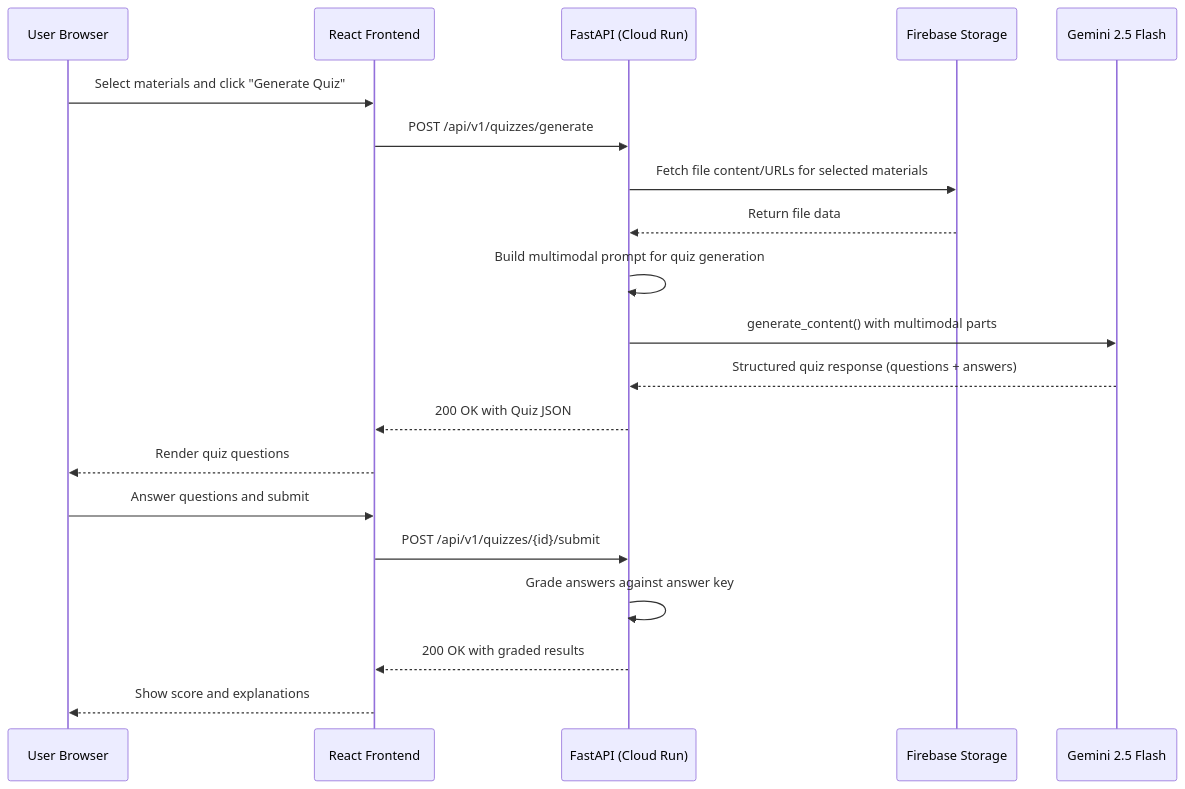
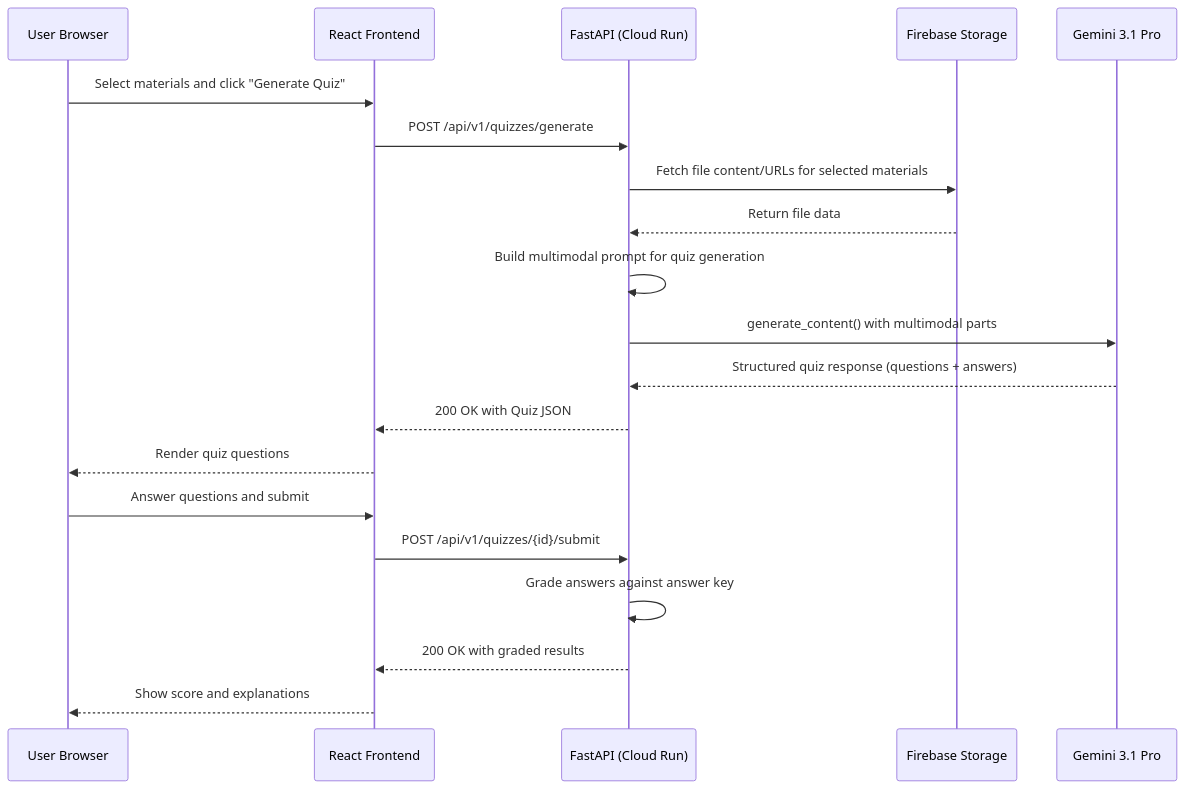
Before and after one commit to jking-ai/vision-first-study-buddy: the fourth of 4 diagrams in docs/architecture.md, drawn with Mermaid. The commit also changed other lines of this file and 16 other files, not shown here.

First line of the commit message:
Upgrade Gemini model to 3.1 Pro preview for stronger multimodal reasoning

````diff
--- a/docs/architecture.md
+++ b/docs/architecture.md
@@ -78,24 +78,24 @@
 ```mermaid
 sequenceDiagram
     participant U as User Browser
     participant FE as React Frontend
     participant API as FastAPI (Cloud Run)
     participant FS as Firebase Storage
-    participant LLM as Gemini 2.5 Flash
+    participant LLM as Gemini 3.1 Pro
 
     U->>FE: Select materials and click "Generate Quiz"
     FE->>API: POST /api/v1/quizzes/generate
     API->>FS: Fetch file content/URLs for selected materials
     FS-->>API: Return file data
     API->>API: Build multimodal prompt for quiz generation
     API->>LLM: generate_content() with multimodal parts
     LLM-->>API: Structured quiz response (questions + answers)
     API-->>FE: 200 OK with Quiz JSON
     FE-->>U: Render quiz questions
 
     U->>FE: Answer questions and submit
     FE->>API: POST /api/v1/quizzes/{id}/submit
     API->>API: Grade answers against answer key
     API-->>FE: 200 OK with graded results
     FE-->>U: Show score and explanations
 ```
````
